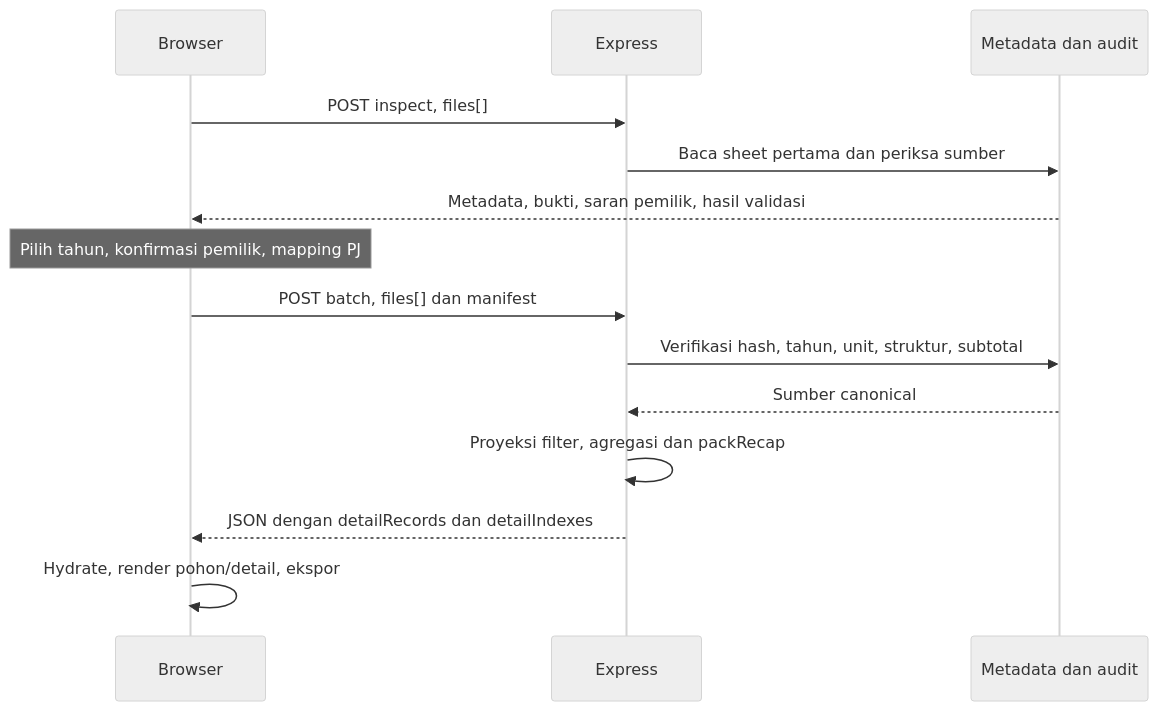
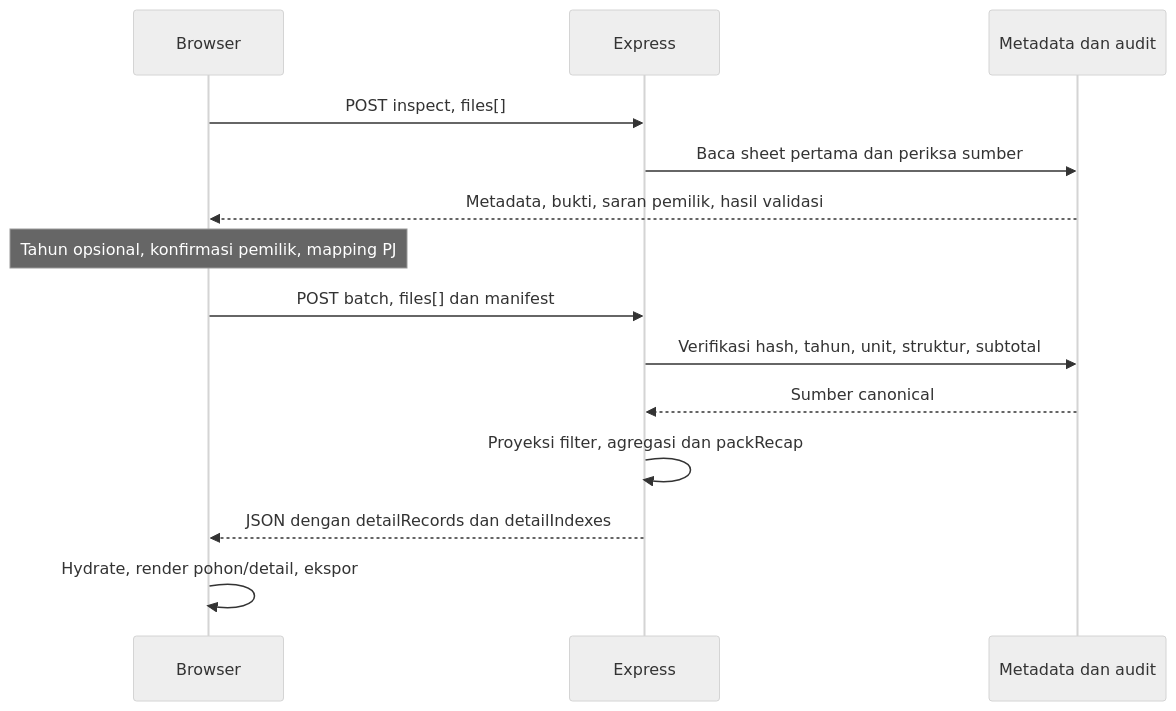
The second of 2 diagrams in Architecture.md (alfarisg34/excel-processor-v3), drawn with Mermaid (neutral theme) before and after one commit. The commit also changed other lines of this file and 17 other files, not shown here.

````diff
--- a/Architecture.md
+++ b/Architecture.md
@@ -60,16 +60,16 @@
 ```mermaid
 sequenceDiagram
   participant UI as Browser
   participant API as Express
   participant R as Metadata dan audit
   UI->>API: POST inspect, files[]
   API->>R: Baca sheet pertama dan periksa sumber
   R-->>UI: Metadata, bukti, saran pemilik, hasil validasi
-  Note over UI: Pilih tahun, konfirmasi pemilik, mapping PJ
+  Note over UI: Tahun opsional, konfirmasi pemilik, mapping PJ
   UI->>API: POST batch, files[] dan manifest
   API->>R: Verifikasi hash, tahun, unit, struktur, subtotal
   R-->>API: Sumber canonical
   API->>API: Proyeksi filter, agregasi dan packRecap
   API-->>UI: JSON dengan detailRecords dan detailIndexes
   UI->>UI: Hydrate, render pohon/detail, ekspor
 ```
````
